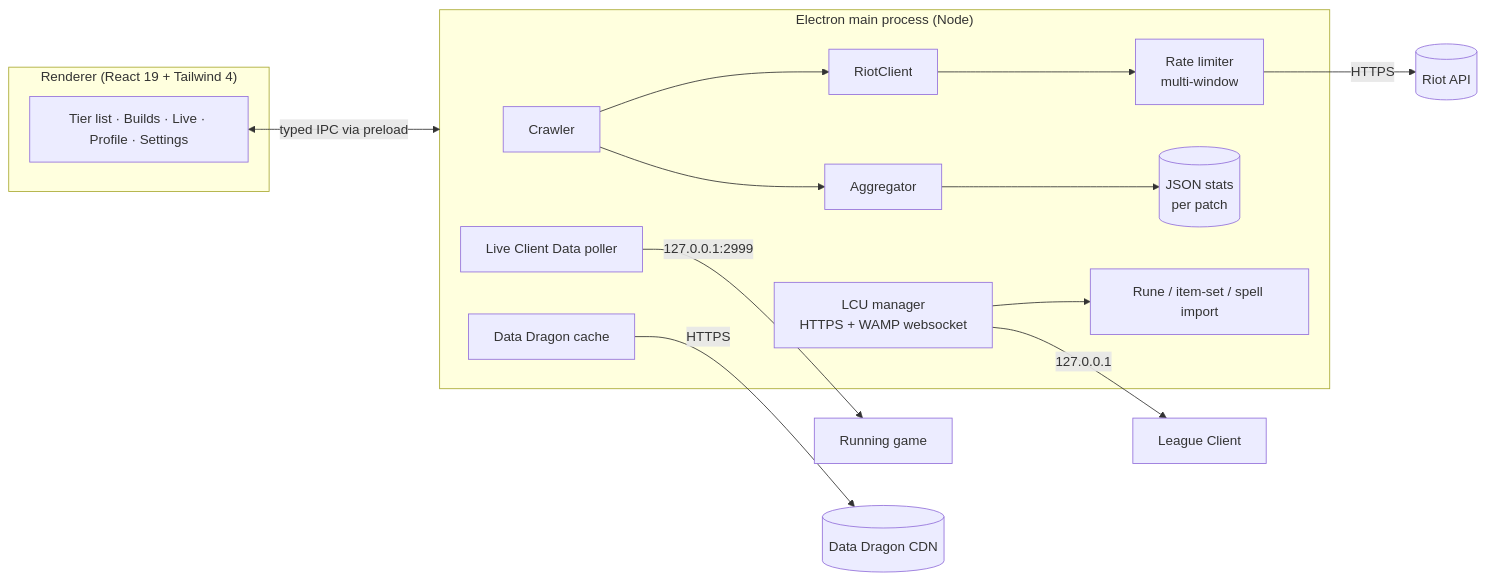
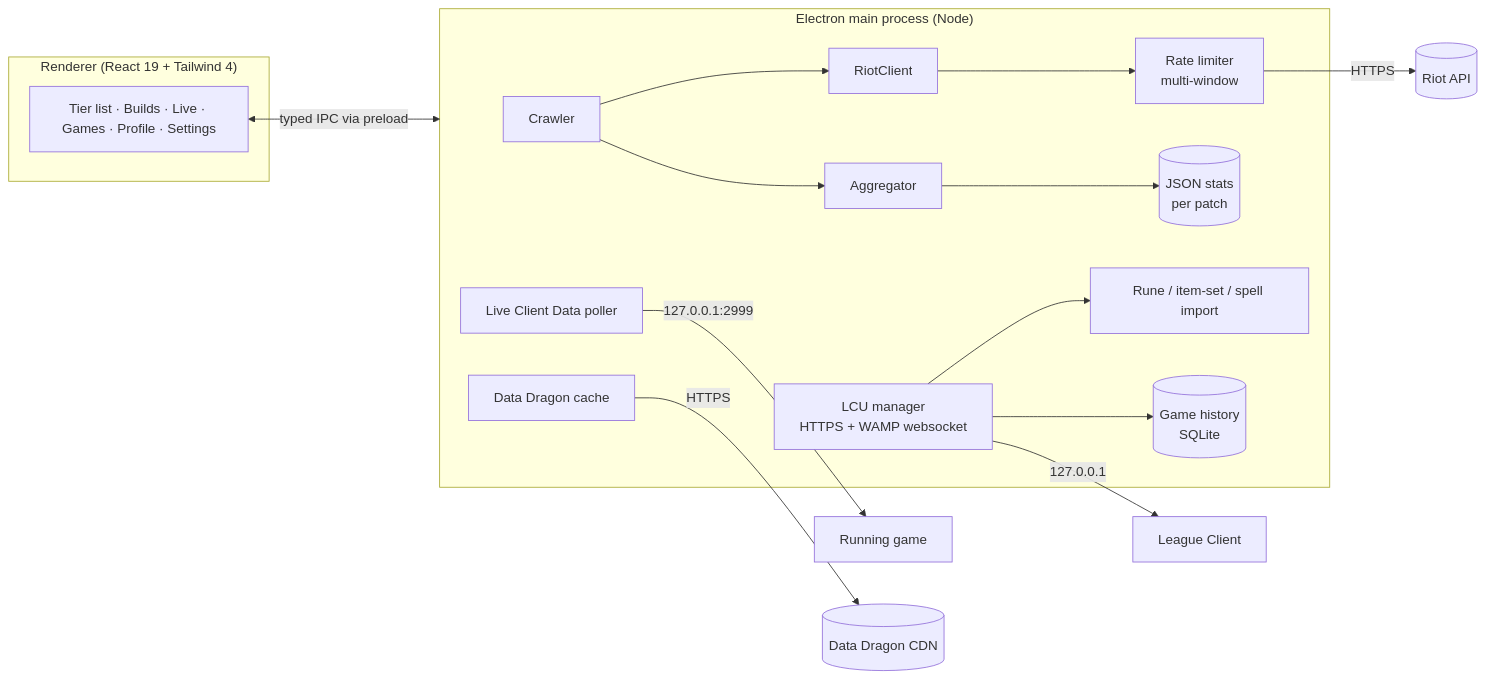
Before and after one commit to ratioAI/ratiLoLAI: the diagram in README.md, drawn with Mermaid. The commit also changed other lines of this file and 28 other files, not shown here.

````diff
--- a/README.md
+++ b/README.md
@@ -108,19 +111,20 @@
 ```mermaid
 flowchart LR
   subgraph Main["Electron main process (Node)"]
     Crawler --> RiotClient
     RiotClient --> RL[Rate limiter<br/>multi-window]
     Crawler --> Agg[Aggregator] --> Store[(JSON stats<br/>per patch)]
     LCU[LCU manager<br/>HTTPS + WAMP websocket] --> Import[Rune / item-set / spell import]
     Live[Live Client Data poller]
+    LCU --> Games[(Game history<br/>SQLite)]
     DD[Data Dragon cache]
   end
   subgraph Renderer["Renderer (React 19 + Tailwind 4)"]
-    UI[Tier list · Builds · Live · Profile · Settings]
+    UI[Tier list · Builds · Live · Games · Profile · Settings]
   end
   RL -->|HTTPS| Riot[(Riot API)]
   LCU -->|127.0.0.1| Client[League Client]
   Live -->|127.0.0.1:2999| Game[Running game]
   DD -->|HTTPS| DDragon[(Data Dragon CDN)]
   UI <-->|typed IPC via preload| Main
 ```
````
